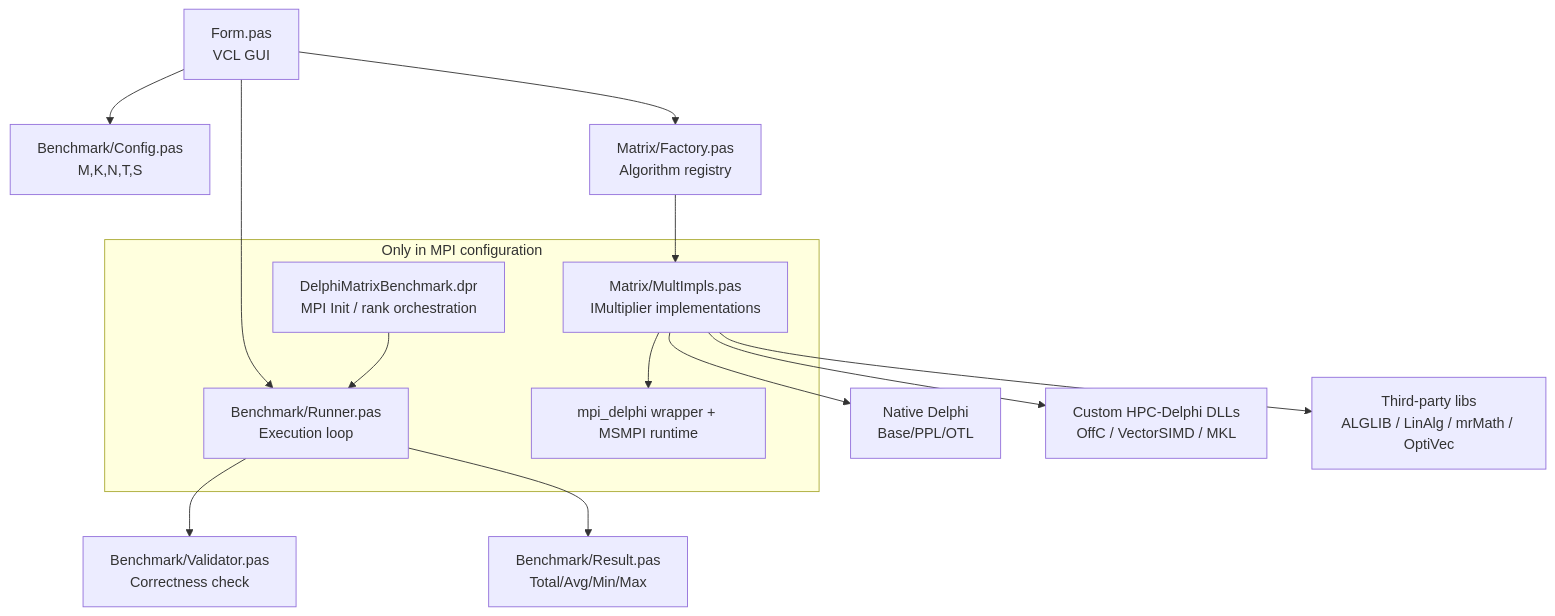
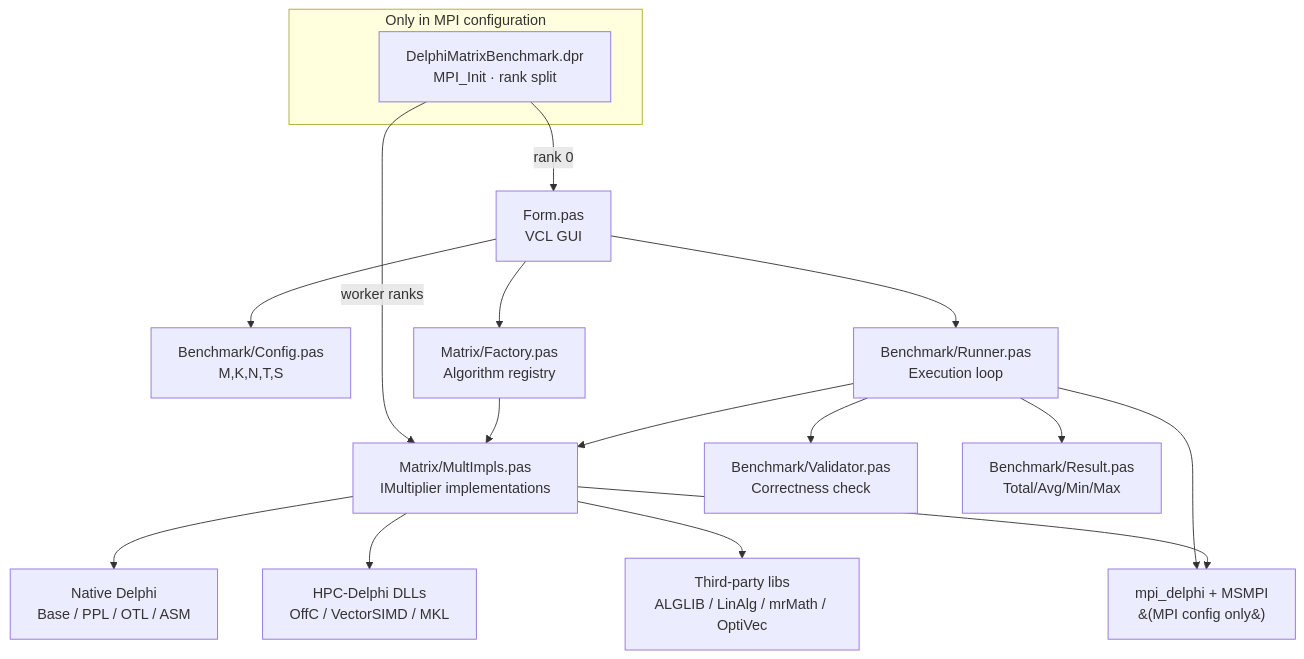
Before and after one commit to HPC-Delphi/DelphiMatrixBenchmark: the diagram in README.md, drawn with Mermaid. The commit also changed other lines of this file and 9 other files, not shown here.

````diff
--- a/README.md
+++ b/README.md
@@ -33,22 +32,25 @@
 ```mermaid
 flowchart TD
+    subgraph MPI_Mode[Only in MPI configuration]
+      MPIINIT[DelphiMatrixBenchmark.dpr<br/>MPI_Init · rank split]
+    end
+
+    MPIINIT -->|rank 0| UI
+    MPIINIT -->|worker ranks| IMPL
+
     UI[Form.pas<br/>VCL GUI] --> CFG[Benchmark/Config.pas<br/>M,K,N,T,S]
     UI --> FAC[Matrix/Factory.pas<br/>Algorithm registry]
     UI --> RUN[Benchmark/Runner.pas<br/>Execution loop]
 
     FAC --> IMPL[Matrix/MultImpls.pas<br/>IMultiplier implementations]
-
+    RUN --> IMPL
     RUN --> VAL[Benchmark/Validator.pas<br/>Correctness check]
     RUN --> RES[Benchmark/Result.pas<br/>Total/Avg/Min/Max]
 
-    IMPL --> CORE1[Native Delphi<br/>Base/PPL/OTL]
-    IMPL --> CORE2[Custom HPC-Delphi DLLs<br/>OffC / VectorSIMD / MKL]
+    IMPL --> CORE1[Native Delphi<br/>Base / PPL / OTL / ASM]
+    IMPL --> CORE2[HPC-Delphi DLLs<br/>OffC / VectorSIMD / MKL]
     IMPL --> CORE3[Third-party libs<br/>ALGLIB / LinAlg / mrMath / OptiVec]
 
-    subgraph MPI_Mode[Only in MPI configuration]
-      MPIMAIN[DelphiMatrixBenchmark.dpr<br/>MPI Init / rank orchestration]
-      MPILIB[mpi_delphi wrapper + MSMPI runtime]
-      MPIMAIN --> RUN
-      IMPL --> MPILIB
-    end
+    RUN --> MPILIB[mpi_delphi + MSMPI<br/>&#40;MPI config only&#41;]
+    IMPL --> MPILIB
 ```
````
